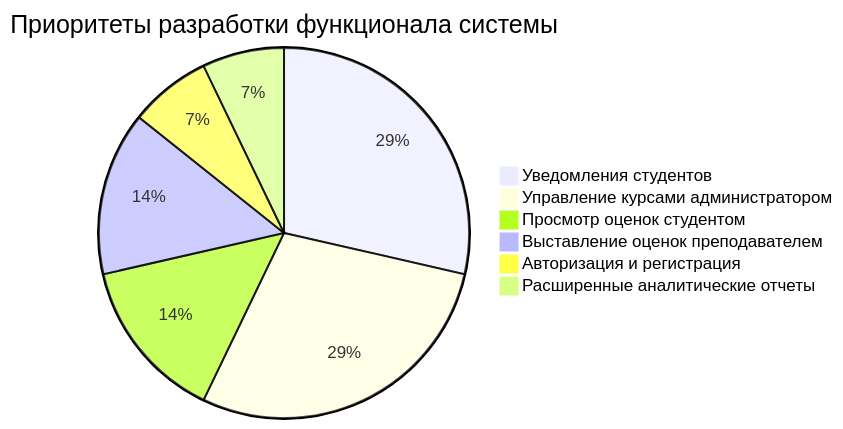
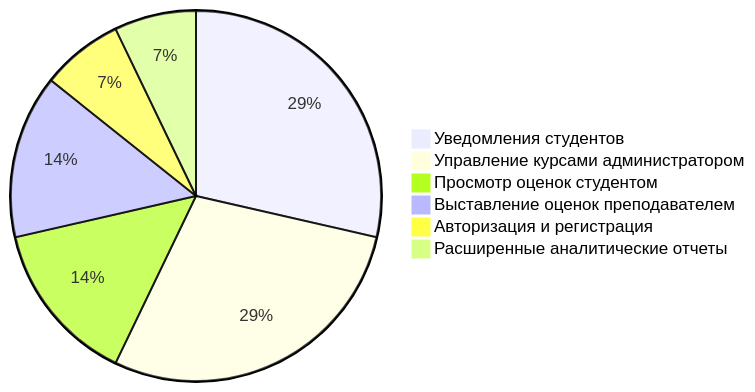
One commit to nikno8/mermaid-practice changed the third of 4 diagrams in README.md. Above: the diagram before and after it, drawn with Mermaid.

````diff
--- a/README.md
+++ b/README.md
@@ -70,10 +70,9 @@
 ```mermaid
 pie
-    title     Приоритеты разработки функционала системы
     "Уведомления студентов" : 40
     "Управление курсами администратором" : 40
     "Просмотр оценок студентом" : 20
     "Выставление оценок преподавателем" : 20
     "Авторизация и регистрация" : 10
     "Расширенные аналитические отчеты" : 10
 ```
````
